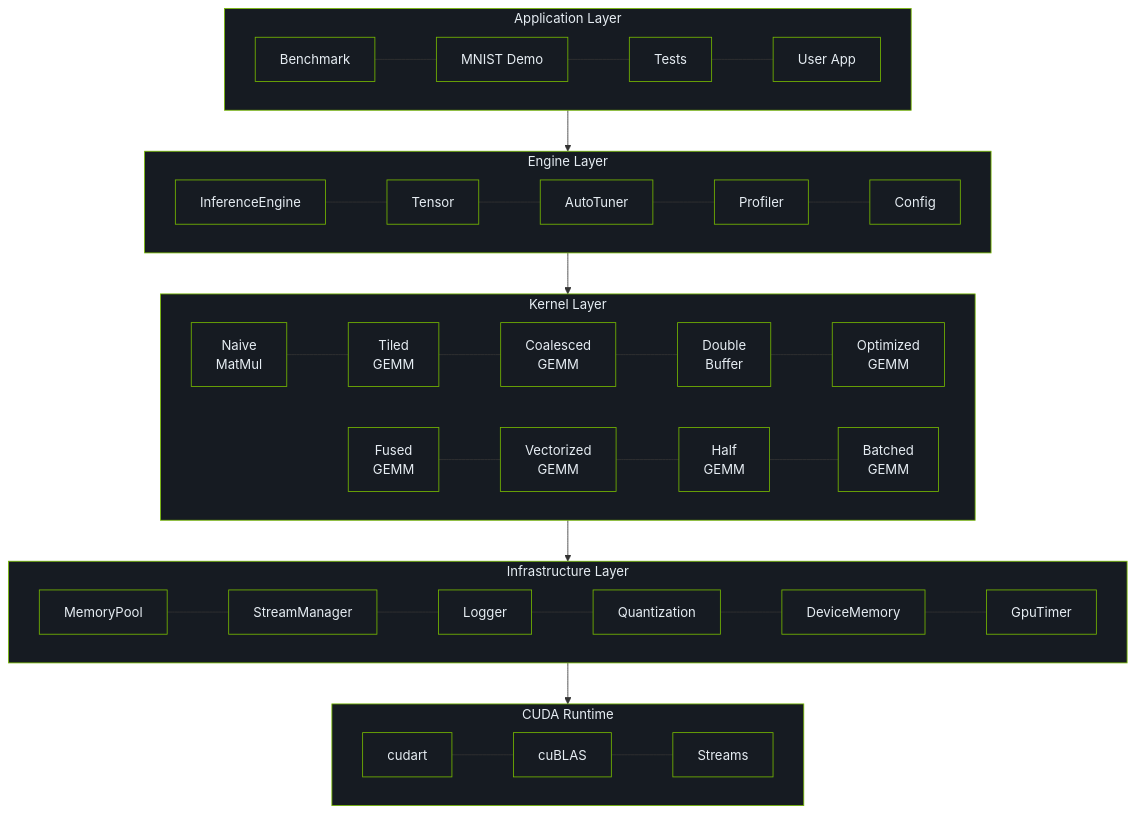
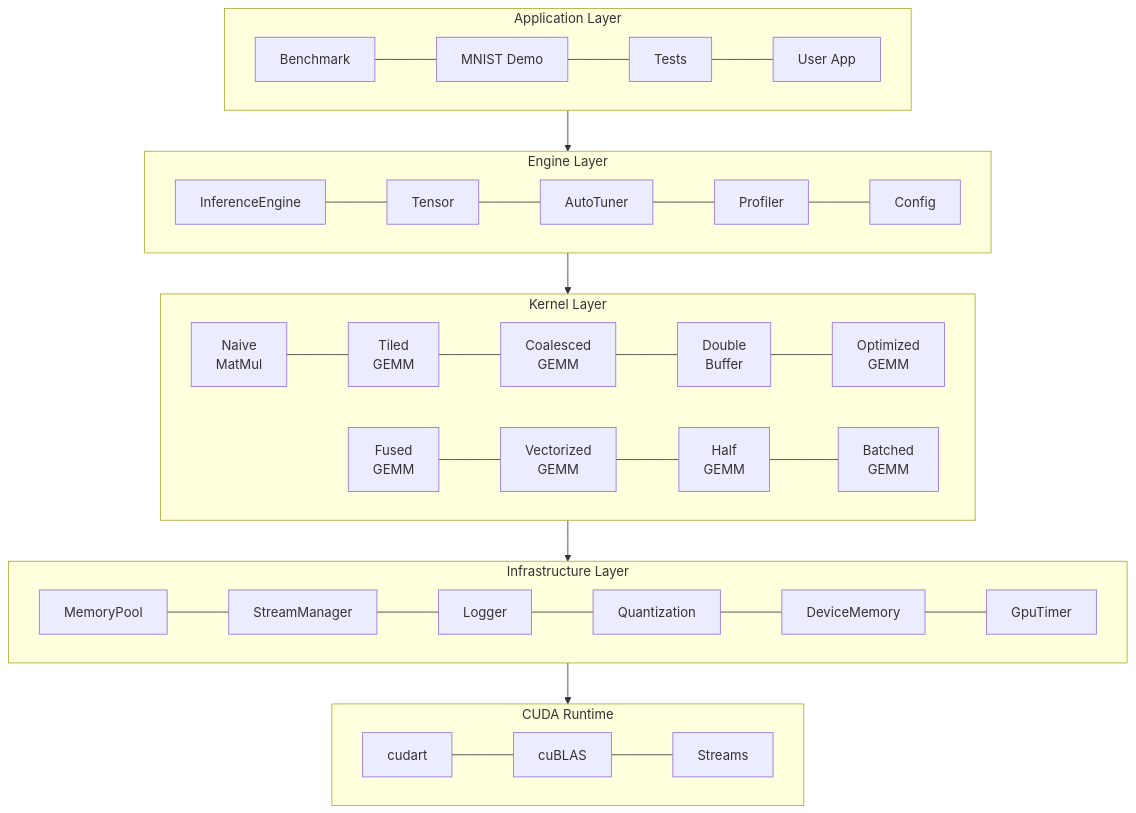
Before and after one commit to LessUp/cuda-kernel-academy: the first of 3 diagrams in docs/zh/modules/04/architecture.md, drawn with Mermaid. The commit also changed other lines of this file and 45 other files, not shown here.

````diff
--- a/docs/zh/modules/04/architecture.md
+++ b/docs/zh/modules/04/architecture.md
@@ -11,61 +11,29 @@
 ```mermaid
 flowchart TB
     subgraph App["Application Layer"]
         Benchmark["Benchmark"] --- MNIST["MNIST Demo"] --- Tests["Tests"] --- UserApp["User App"]
     end
 
     subgraph Engine["Engine Layer"]
         IE["InferenceEngine"] --- Tensor["Tensor"] --- AutoTuner["AutoTuner"] --- Profiler["Profiler"] --- Config["Config"]
     end
 
     subgraph Kernel["Kernel Layer"]
         N["Naive<br/>MatMul"] --- T["Tiled<br/>GEMM"] --- C["Coalesced<br/>GEMM"] --- D["Double<br/>Buffer"] --- O["Optimized<br/>GEMM"]
         F["Fused<br/>GEMM"] --- V["Vectorized<br/>GEMM"] --- H["Half<br/>GEMM"] --- B["Batched<br/>GEMM"]
     end
 
     subgraph Infra["Infrastructure Layer"]
         MP["MemoryPool"] --- SM["StreamManager"] --- Logger["Logger"] --- Q["Quantization"] --- DM["DeviceMemory"] --- Timer["GpuTimer"]
     end
 
     subgraph CUDA["CUDA Runtime"]
         CUDART["cudart"] --- cuBLAS["cuBLAS"] --- Streams["Streams"]
     end
 
     App --> Engine
     Engine --> Kernel
     Kernel --> Infra
     Infra --> CUDA
 
-    style App fill:#161b22,stroke:#76B900,color:#e6edf3
-    style Engine fill:#161b22,stroke:#76B900,color:#e6edf3
-    style Kernel fill:#161b22,stroke:#76B900,color:#e6edf3
-    style Infra fill:#161b22,stroke:#76B900,color:#e6edf3
-    style CUDA fill:#161b22,stroke:#76B900,color:#e6edf3
-    style Benchmark fill:#161b22,stroke:#76B900,color:#e6edf3
-    style MNIST fill:#161b22,stroke:#76B900,color:#e6edf3
-    style Tests fill:#161b22,stroke:#76B900,color:#e6edf3
-    style UserApp fill:#161b22,stroke:#76B900,color:#e6edf3
-    style IE fill:#161b22,stroke:#76B900,color:#e6edf3
-    style Tensor fill:#161b22,stroke:#76B900,color:#e6edf3
-    style AutoTuner fill:#161b22,stroke:#76B900,color:#e6edf3
-    style Profiler fill:#161b22,stroke:#76B900,color:#e6edf3
-    style Config fill:#161b22,stroke:#76B900,color:#e6edf3
-    style N fill:#161b22,stroke:#76B900,color:#e6edf3
-    style T fill:#161b22,stroke:#76B900,color:#e6edf3
-    style C fill:#161b22,stroke:#76B900,color:#e6edf3
-    style D fill:#161b22,stroke:#76B900,color:#e6edf3
-    style O fill:#161b22,stroke:#76B900,color:#e6edf3
-    style F fill:#161b22,stroke:#76B900,color:#e6edf3
-    style V fill:#161b22,stroke:#76B900,color:#e6edf3
-    style H fill:#161b22,stroke:#76B900,color:#e6edf3
-    style B fill:#161b22,stroke:#76B900,color:#e6edf3
-    style MP fill:#161b22,stroke:#76B900,color:#e6edf3
-    style SM fill:#161b22,stroke:#76B900,color:#e6edf3
-    style Logger fill:#161b22,stroke:#76B900,color:#e6edf3
-    style Q fill:#161b22,stroke:#76B900,color:#e6edf3
-    style DM fill:#161b22,stroke:#76B900,color:#e6edf3
-    style Timer fill:#161b22,stroke:#76B900,color:#e6edf3
-    style CUDART fill:#161b22,stroke:#76B900,color:#e6edf3
-    style cuBLAS fill:#161b22,stroke:#76B900,color:#e6edf3
-    style Streams fill:#161b22,stroke:#76B900,color:#e6edf3
 ```
````
